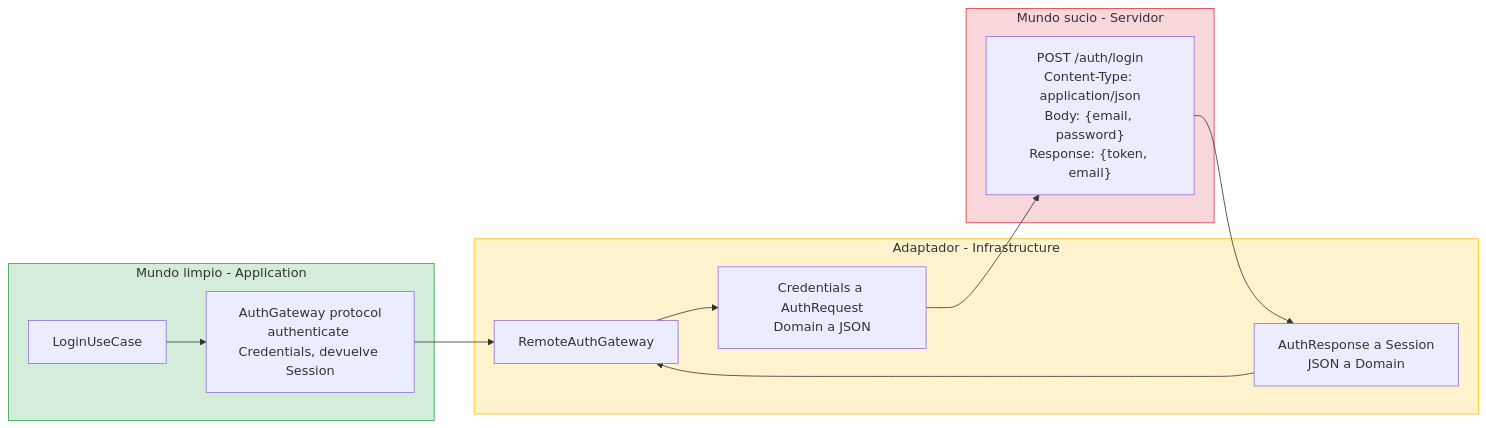
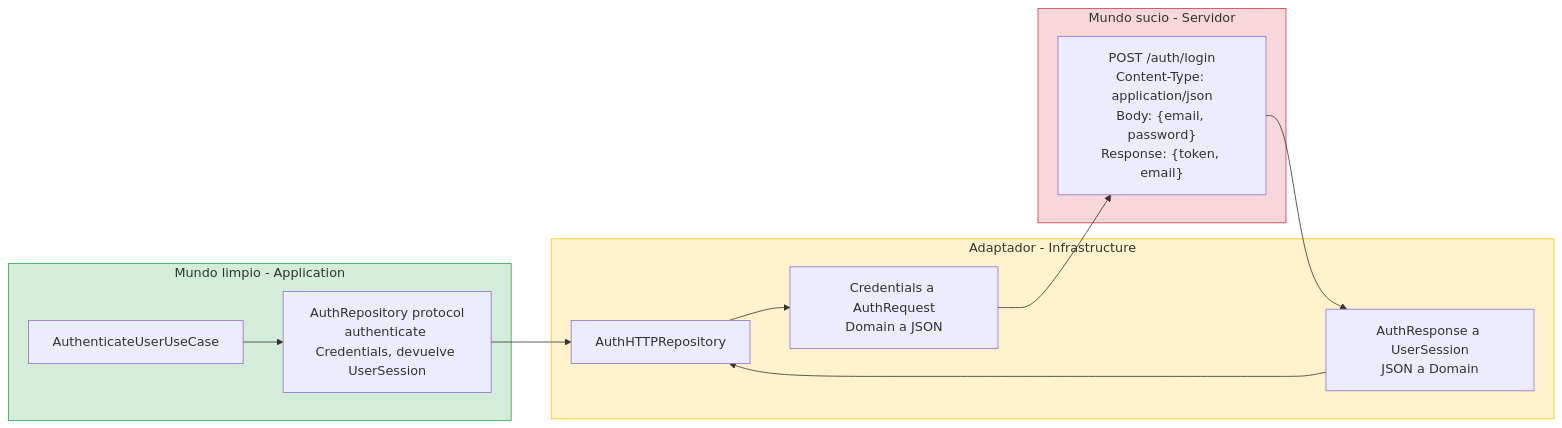
Before and after one commit to SwiftEnProfundidad/stack-my-architecture-ios: the first of 3 diagrams in 01-fundamentos/05-feature-login/03-infrastructure.md, drawn with Mermaid. The commit also changed other lines of this file and 50 other files, not shown here.

````diff
--- a/01-fundamentos/05-feature-login/03-infrastructure.md
+++ b/01-fundamentos/05-feature-login/03-infrastructure.md
@@ -27,28 +27,28 @@
 ```mermaid
 graph LR
     subgraph Clean["Mundo limpio - Application"]
-        UC["LoginUseCase"]
-        PROTO["AuthGateway protocol<br/>authenticate Credentials, devuelve Session"]
+        UC["AuthenticateUserUseCase"]
+        PROTO["AuthRepository protocol<br/>authenticate Credentials, devuelve UserSession"]
     end
 
     subgraph Adapter["Adaptador - Infrastructure"]
-        REMOTE["RemoteAuthGateway"]
+        REMOTE["AuthHTTPRepository"]
         MAP_IN["Credentials a AuthRequest<br/>Domain a JSON"]
-        MAP_OUT["AuthResponse a Session<br/>JSON a Domain"]
+        MAP_OUT["AuthResponse a UserSession<br/>JSON a Domain"]
     end
 
     subgraph Dirty["Mundo sucio - Servidor"]
         HTTP["POST /auth/login<br/>Content-Type: application/json<br/>Body: {email, password}<br/>Response: {token, email}"]
     end
 
     UC --> PROTO
     PROTO --> REMOTE
     REMOTE --> MAP_IN
     MAP_IN --> HTTP
     HTTP --> MAP_OUT
     MAP_OUT --> REMOTE
 
     style Clean fill:#d4edda,stroke:#28a745
     style Adapter fill:#fff3cd,stroke:#ffc107
     style Dirty fill:#f8d7da,stroke:#dc3545
 ```
````
